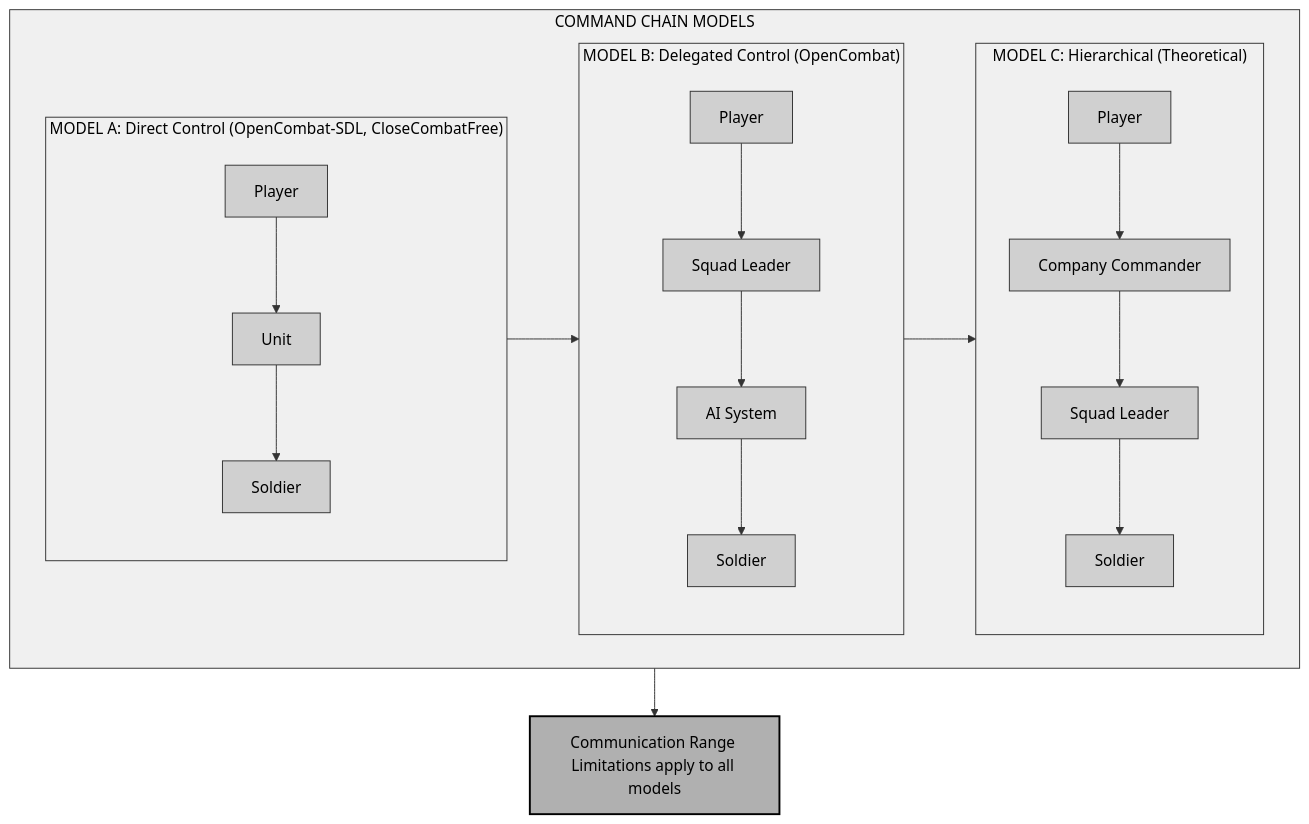
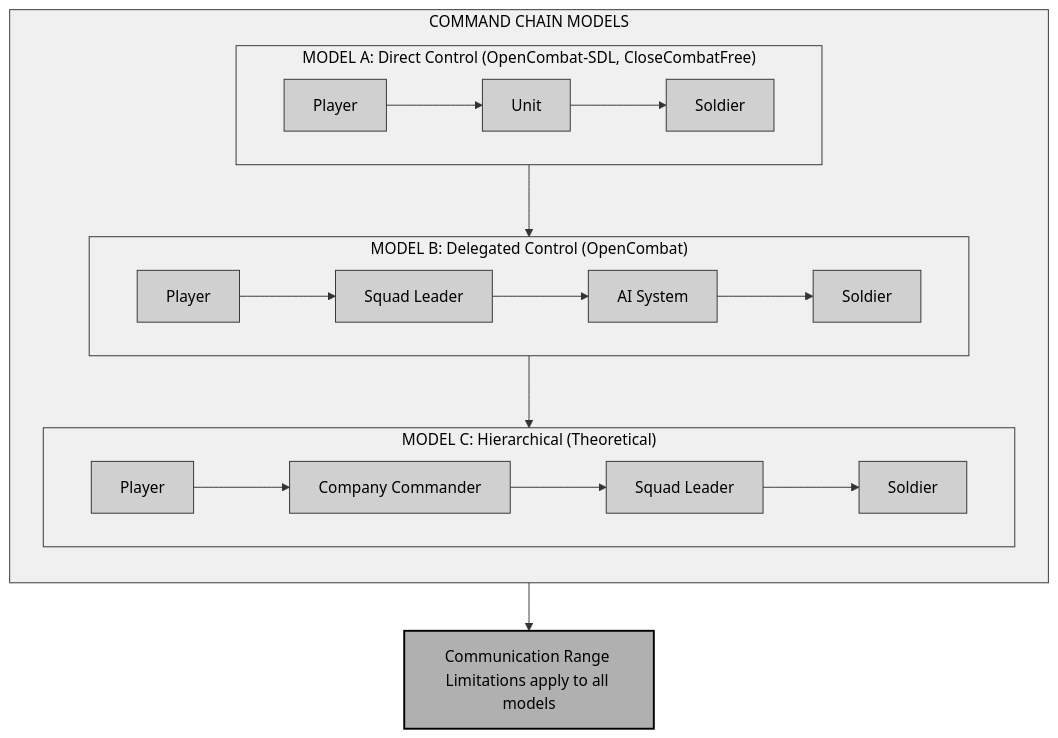
The third of 5 diagrams in chapter_06_orders_ai.md (jukofyork/close-combat-architecture-study), drawn with Mermaid before and after one commit. The commit also changed other lines of this file and 7 other files, not shown here.

````diff
--- a/chapter_06_orders_ai.md
+++ b/chapter_06_orders_ai.md
@@ -355,30 +359,35 @@
 ```mermaid
 flowchart TB
     subgraph Models["COMMAND CHAIN MODELS"]
+        direction TB
+        
         subgraph ModelA["MODEL A: Direct Control (OpenCombat-SDL, CloseCombatFree)"]
+            direction LR
             P1["Player"] --> U1["Unit"] --> S1["Soldier"]
         end
         
         subgraph ModelB["MODEL B: Delegated Control (OpenCombat)"]
+            direction LR
             P2["Player"] --> L2["Squad Leader"] --> AI2["AI System"] --> S2["Soldier"]
         end
         
         subgraph ModelC["MODEL C: Hierarchical (Theoretical)"]
+            direction LR
             P3["Player"] --> C3["Company Commander"] --> L3["Squad Leader"] --> S3["Soldier"]
         end
         
         ModelA --> ModelB --> ModelC
     end
     
     comms["Communication Range Limitations apply to all models"]
     Models --> comms
     
     classDef default fill:#fff,stroke:#000,stroke-width:1px,color:#000
     classDef light fill:#f0f0f0,stroke:#333,stroke-width:1px,color:#000
     classDef medium fill:#d0d0d0,stroke:#333,stroke-width:1px,color:#000
     classDef dark fill:#b0b0b0,stroke:#000,stroke-width:2px,color:#000
     
     class Models,ModelA,ModelB,ModelC light
     class P1,P2,P3,C3,L2,L3,S1,S2,S3,U1,AI2 medium
     class comms dark
 ```
````
